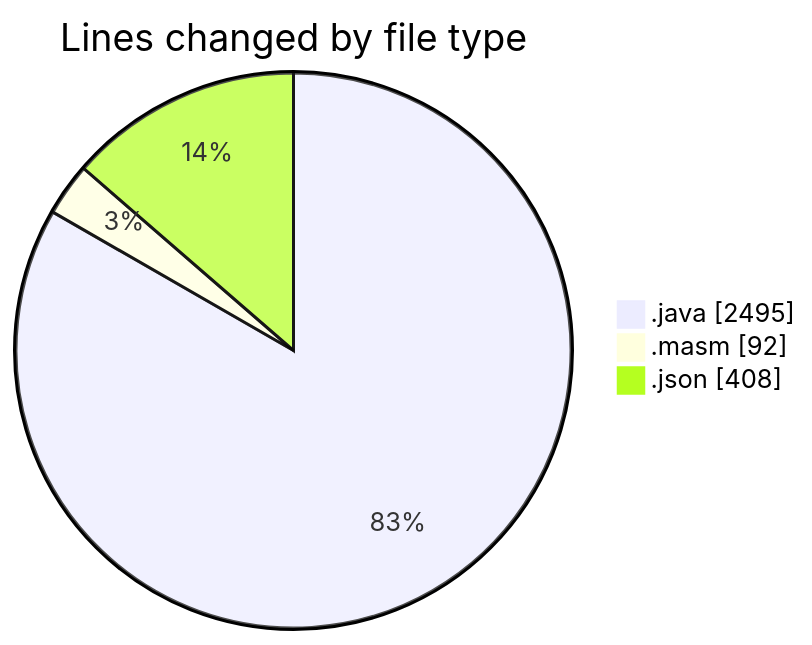
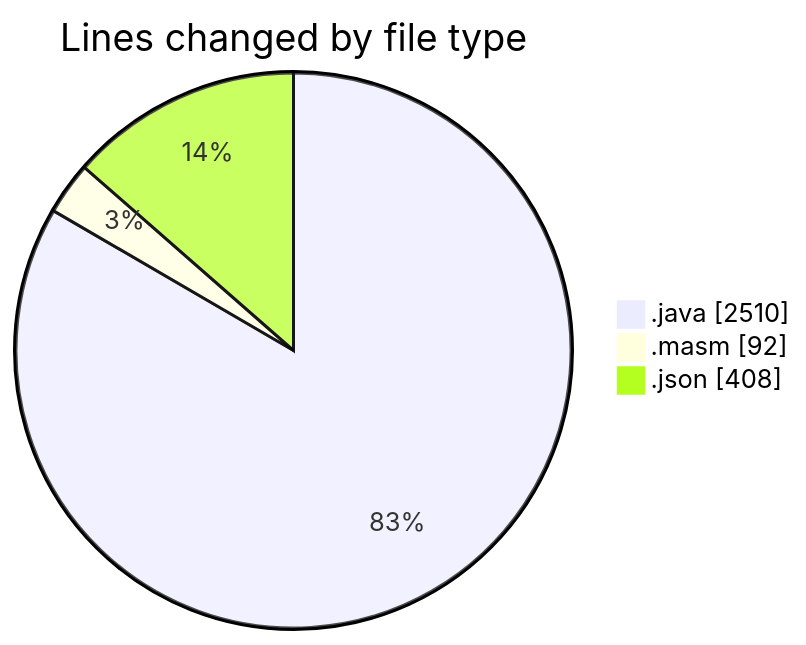
Before and after one commit to charlie-sans/code-tracking: the first of 2 diagrams in 2025-02-19/masm/README.md, drawn with Mermaid. The commit also changed other lines of this file and 1 other file, not shown here.

````diff
--- a/2025-02-19/masm/README.md
+++ b/2025-02-19/masm/README.md
@@ -29,7 +29,7 @@
 ```mermaid
 pie showData
 title Lines changed by file type
-".java" : 2495
+".java" : 2510
 ".masm" : 92
 ".json" : 408
 ```
````
